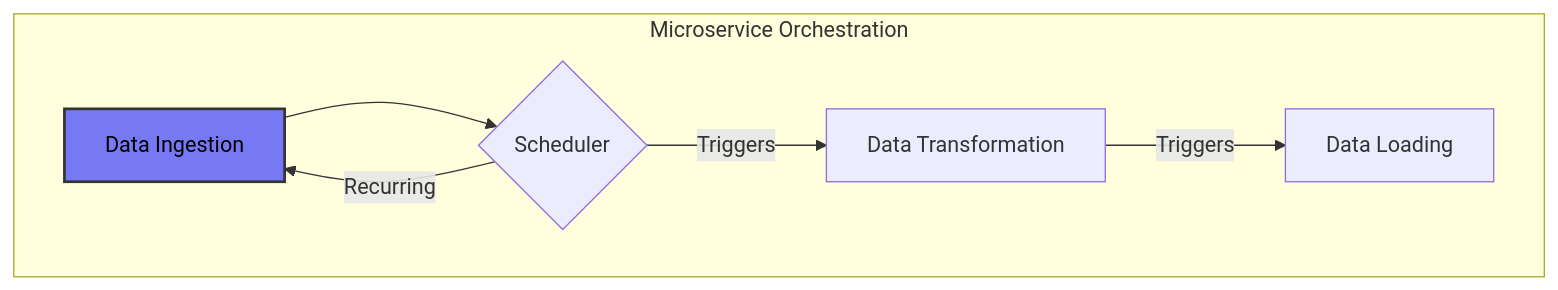
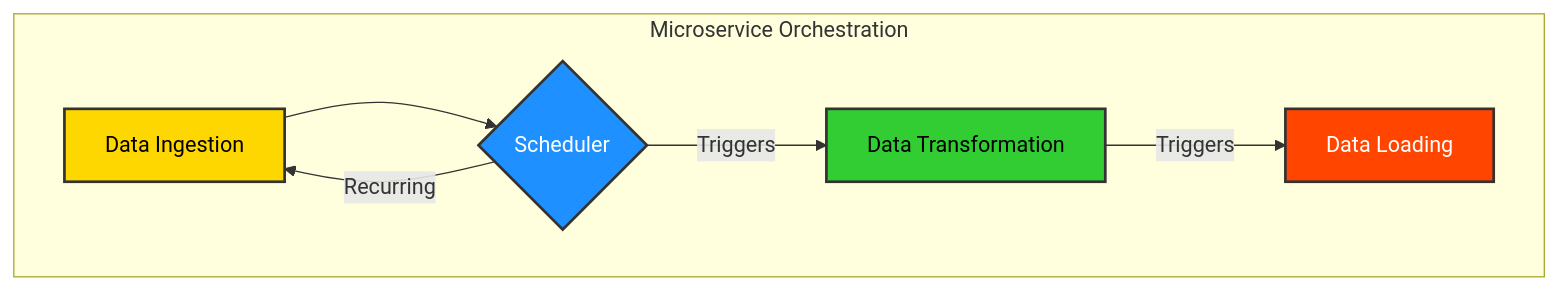
One commit to ikko/sym changed the third of 4 diagrams in docs/readme_details/7_scheduling/index.md. Above: the diagram before and after it, drawn with Mermaid. The commit also changed other lines of this file and 15 other files, not shown here.

Commit message:
inbetween cleaning examples and recolor mermaids

````diff
--- a/docs/readme_details/7_scheduling/index.md
+++ b/docs/readme_details/7_scheduling/index.md
@@ -58,13 +72,14 @@
 ```mermaid
 graph TD
     subgraph "Microservice Orchestration"
         A[Data Ingestion] --> B{Scheduler};
         B -- "Triggers" --> C[Data Transformation];
         C -- "Triggers" --> D[Data Loading];
         B -- "Recurring" --> A;
     end
 
-    style A fill:#7779f4,stroke:#333,stroke-width:2px,color:#000000;
-
-    style A fill:#7779f4,stroke:#333,stroke-width:2px,color:#000000;
+    style A fill:#FFD700,stroke:#333,stroke-width:2px,color:#000000;
+    style B fill:#1E90FF,stroke:#333,stroke-width:2px,color:#FFFFFF;
+    style C fill:#32CD32,stroke:#333,stroke-width:2px,color:#000000;
+    style D fill:#FF4500,stroke:#333,stroke-width:2px,color:#FFFFFF;
 ```
````
